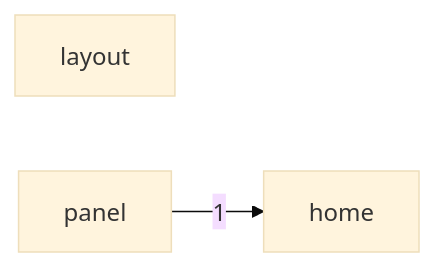
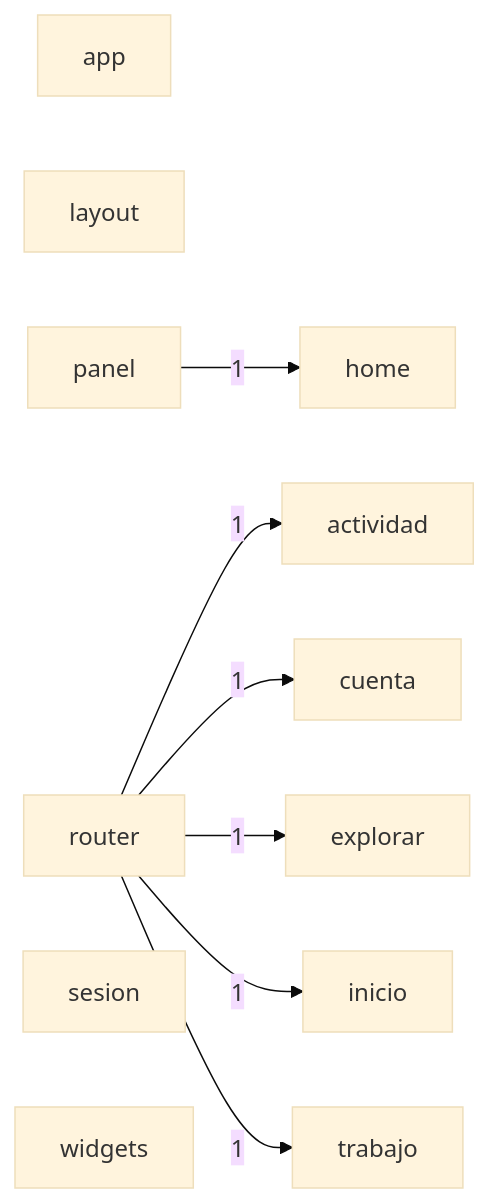
The diagram in docs/architecture/modules.mmd (JulianH2/knock-frontend), drawn with Mermaid (base theme) before and after one commit. The commit also changed 97 other files, not shown here.

Commit message:
chore(app): add flutter base project with clean architecture and tab navigation (KNOCK-24)

```diff
--- a/docs/architecture/modules.mmd
+++ b/docs/architecture/modules.mmd
@@ -1,5 +1,19 @@
 graph LR
+  actividad["actividad"]
+  app["app"]
+  cuenta["cuenta"]
+  explorar["explorar"]
   home["home"]
+  inicio["inicio"]
   layout["layout"]
   panel["panel"]
+  router["router"]
+  sesion["sesion"]
+  trabajo["trabajo"]
+  widgets["widgets"]
   panel -->|1| home
+  router -->|1| actividad
+  router -->|1| cuenta
+  router -->|1| explorar
+  router -->|1| inicio
+  router -->|1| trabajo
```
